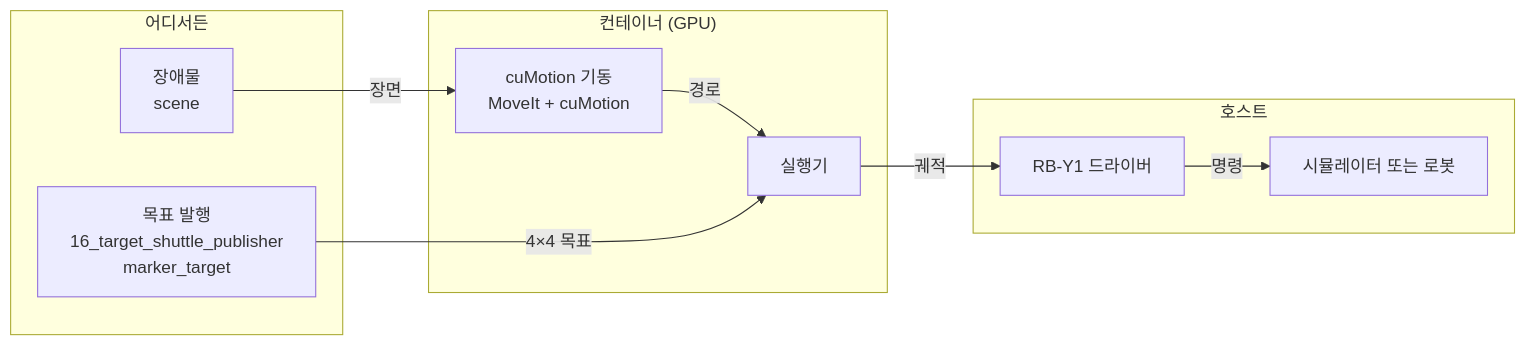
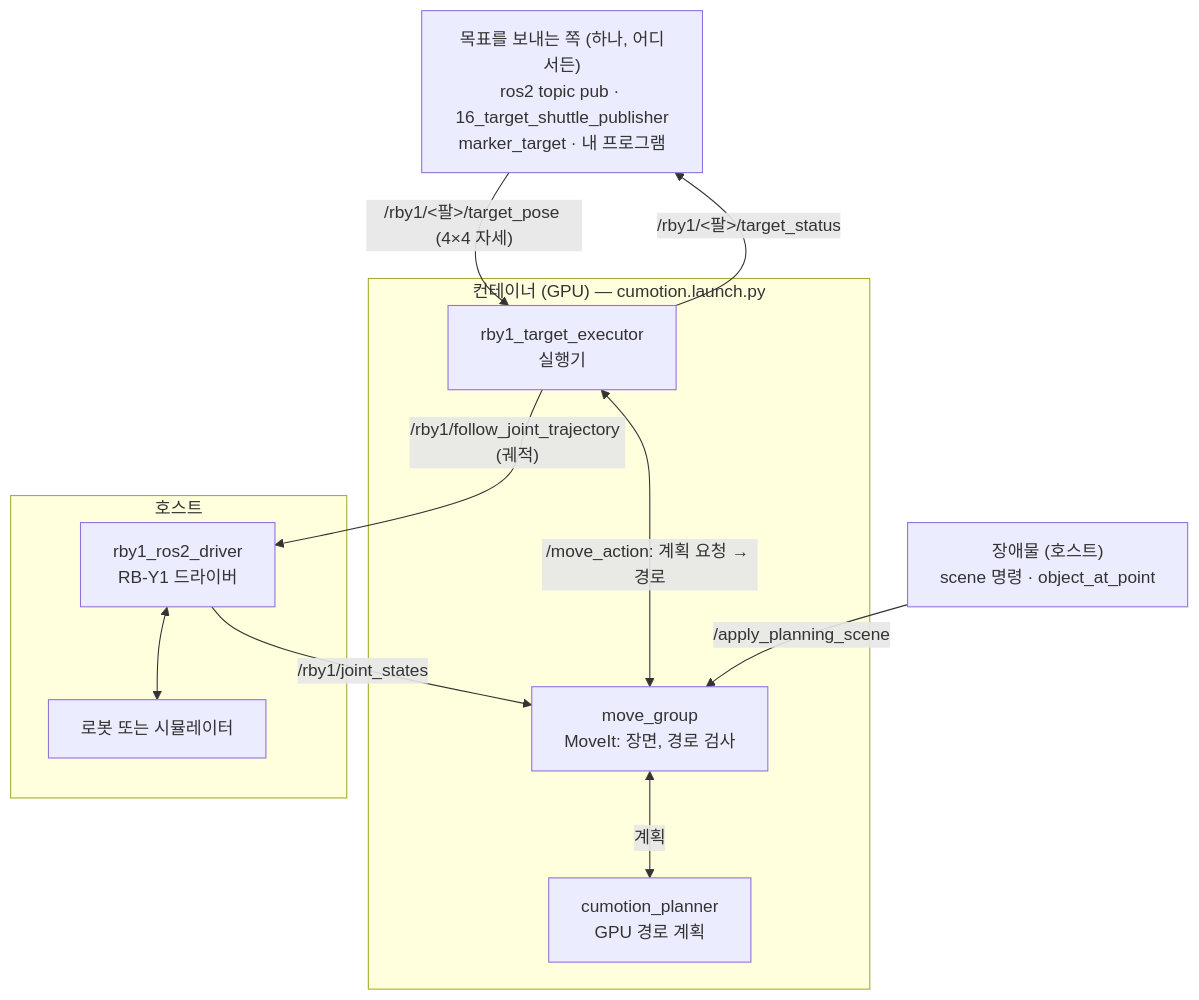
One commit to JeonSangMin-sw2/rby1_isaac_ros changed the first of 7 diagrams in docs/tutorial_cumotion.md. Above: the diagram before and after it, drawn with Mermaid. The commit also changed other lines of this file and 16 other files, not shown here.

````diff
--- a/docs/tutorial_cumotion.md
+++ b/docs/tutorial_cumotion.md
@@ -7,20 +11,22 @@
 ```mermaid
-flowchart LR
+flowchart TB
+    pub["목표를 보내는 쪽 (하나, 어디서든)<br/>ros2 topic pub · 16_target_shuttle_publisher<br/>marker_target · 내 프로그램"]
+    scene["장애물 (호스트)<br/>scene 명령 · object_at_point"]
+    subgraph container["컨테이너 (GPU) — cumotion.launch.py"]
+        executor["rby1_target_executor<br/>실행기"]
+        movegroup["move_group<br/>MoveIt: 장면, 경로 검사"]
+        planner["cumotion_planner<br/>GPU 경로 계획"]
+    end
     subgraph host["호스트"]
-        robot["시뮬레이터 또는 로봇"]
-        driver["RB-Y1 드라이버"]
+        driver["rby1_ros2_driver<br/>RB-Y1 드라이버"]
+        robot["로봇 또는 시뮬레이터"]
     end
-    subgraph container["컨테이너 (GPU)"]
-        planner["cuMotion 기동<br/>MoveIt + cuMotion"]
-        executor["실행기"]
-    end
-    subgraph anywhere["어디서든"]
-        target["목표 발행<br/>16_target_shuttle_publisher<br/>marker_target"]
-        scene["장애물<br/>scene"]
-    end
-    driver -->|명령| robot
-    planner -->|경로| executor
-    executor -->|궤적| driver
-    target -->|4×4 목표| executor
-    scene -->|장면| planner
+    pub -->|"/rby1/&lt;팔&gt;/target_pose (4×4 자세)"| executor
+    executor -->|"/rby1/&lt;팔&gt;/target_status"| pub
+    executor <-->|"/move_action: 계획 요청 → 경로"| movegroup
+    movegroup <-->|"계획"| planner
+    scene -->|"/apply_planning_scene"| movegroup
+    executor -->|"/rby1/follow_joint_trajectory (궤적)"| driver
+    driver -->|"/rby1/joint_states"| movegroup
+    driver <--> robot
 ```
````
